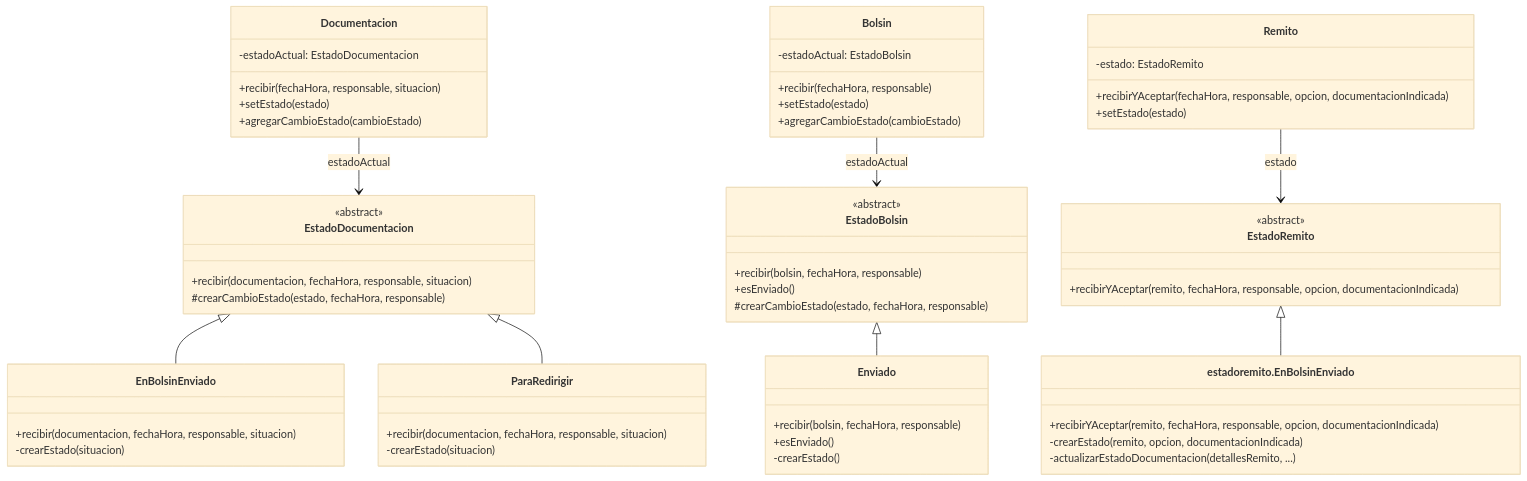
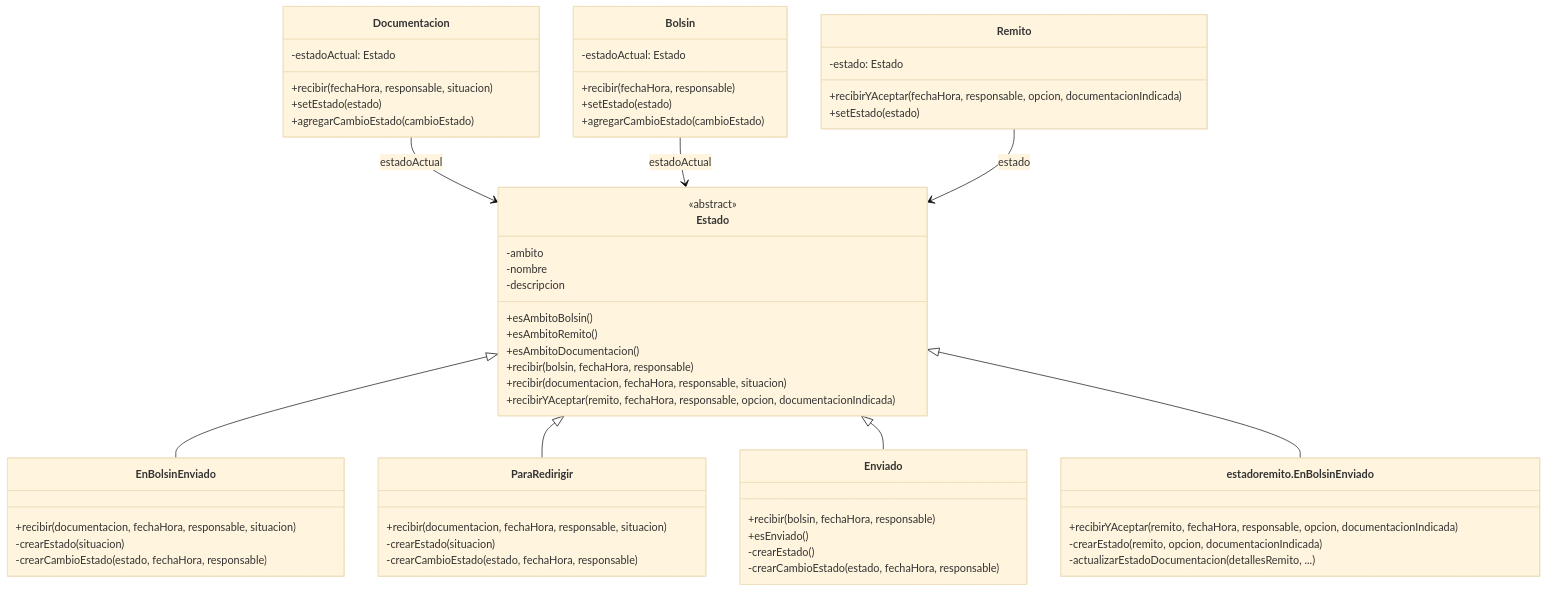
The diagram in README.md (StefaNovaliere/DSI-PPAI), drawn with Mermaid (base theme) before and after one commit. The commit also changed other lines of this file and 13 other files, not shown here.

First line of the commit message:
Documentación con la clase Estado única y el diagrama de clases del grupo

````diff
--- a/README.md
+++ b/README.md
@@ -226,60 +224,60 @@
 ```mermaid
 classDiagram
+    class Estado {
+        <<abstract>>
+        -ambito
+        -nombre
+        -descripcion
+        +esAmbitoBolsin()
+        +esAmbitoRemito()
+        +esAmbitoDocumentacion()
+        +recibir(bolsin, fechaHora, responsable)
+        +recibir(documentacion, fechaHora, responsable, situacion)
+        +recibirYAceptar(remito, fechaHora, responsable, opcion, documentacionIndicada)
+    }
     class Documentacion {
-        -estadoActual: EstadoDocumentacion
+        -estadoActual: Estado
         +recibir(fechaHora, responsable, situacion)
         +setEstado(estado)
         +agregarCambioEstado(cambioEstado)
     }
-    class EstadoDocumentacion {
-        <<abstract>>
-        +recibir(documentacion, fechaHora, responsable, situacion)
-        #crearCambioEstado(estado, fechaHora, responsable)
-    }
     class EnBolsinEnviado {
         +recibir(documentacion, fechaHora, responsable, situacion)
         -crearEstado(situacion)
+        -crearCambioEstado(estado, fechaHora, responsable)
     }
     class ParaRedirigir {
         +recibir(documentacion, fechaHora, responsable, situacion)
         -crearEstado(situacion)
+        -crearCambioEstado(estado, fechaHora, responsable)
     }
     class Bolsin {
-        -estadoActual: EstadoBolsin
+        -estadoActual: Estado
         +recibir(fechaHora, responsable)
         +setEstado(estado)
         +agregarCambioEstado(cambioEstado)
-    }
-    class EstadoBolsin {
-        <<abstract>>
-        +recibir(bolsin, fechaHora, responsable)
-        +esEnviado()
-        #crearCambioEstado(estado, fechaHora, responsable)
     }
     class Enviado {
         +recibir(bolsin, fechaHora, responsable)
         +esEnviado()
         -crearEstado()
+        -crearCambioEstado(estado, fechaHora, responsable)
     }
     class Remito {
-        -estado: EstadoRemito
+        -estado: Estado
         +recibirYAceptar(fechaHora, responsable, opcion, documentacionIndicada)
         +setEstado(estado)
-    }
-    class EstadoRemito {
-        <<abstract>>
-        +recibirYAceptar(remito, fechaHora, responsable, opcion, documentacionIndicada)
     }
     class EnBolsinEnviadoRemito["estadoremito.EnBolsinEnviado"] {
         +recibirYAceptar(remito, fechaHora, responsable, opcion, documentacionIndicada)
         -crearEstado(remito, opcion, documentacionIndicada)
         -actualizarEstadoDocumentacion(detallesRemito, ...)
     }
-    Documentacion --> EstadoDocumentacion : estadoActual
-    EstadoDocumentacion <|-- EnBolsinEnviado
-    EstadoDocumentacion <|-- ParaRedirigir
-    Bolsin --> EstadoBolsin : estadoActual
-    EstadoBolsin <|-- Enviado
-    Remito --> EstadoRemito : estado
-    EstadoRemito <|-- EnBolsinEnviadoRemito
+    Documentacion --> Estado : estadoActual
+    Bolsin --> Estado : estadoActual
+    Remito --> Estado : estado
+    Estado <|-- EnBolsinEnviado
+    Estado <|-- ParaRedirigir
+    Estado <|-- Enviado
+    Estado <|-- EnBolsinEnviadoRemito
 ```
````
